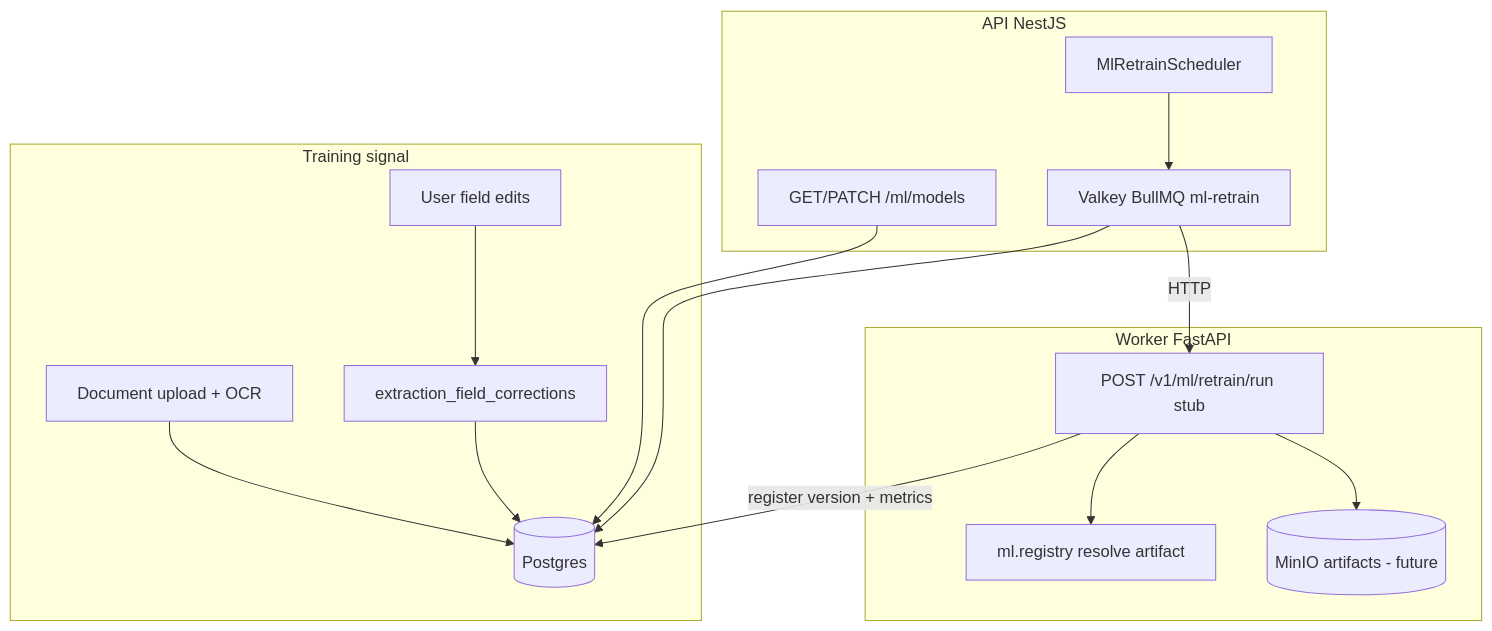
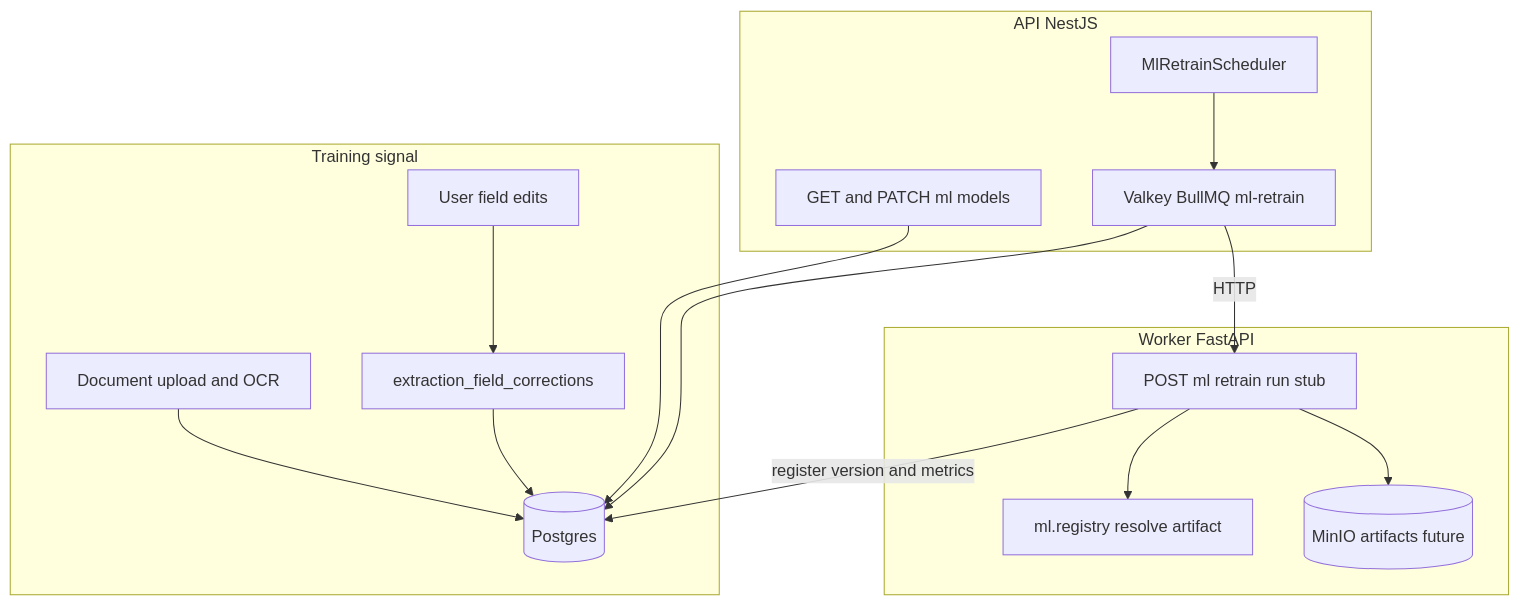
The diagram in docs/mlops-retrain-and-registry.md (Docuvate/docuvate), drawn with Mermaid before and after one commit. The commit also changed 17 other files, not shown here.

First line of the commit message:
chore: Node 24 and fix README Mermaid diagram

````diff
--- a/docs/mlops-retrain-and-registry.md
+++ b/docs/mlops-retrain-and-registry.md
@@ -21,29 +21,29 @@
 ```mermaid
 flowchart TB
-  subgraph ingest [Training signal]
-    DocUpload[Document upload + OCR]
-    UserEdit[User field edits]
-    DocUpload --> PG[(Postgres)]
-    UserEdit --> Corrections[extraction_field_corrections]
+  subgraph ingest ["Training signal"]
+    DocUpload["Document upload and OCR"]
+    UserEdit["User field edits"]
+    DocUpload --> PG[("Postgres")]
+    UserEdit --> Corrections["extraction_field_corrections"]
     Corrections --> PG
   end
 
-  subgraph api [API NestJS]
-    Scheduler[MlRetrainScheduler]
-    RegistryAPI[GET/PATCH /ml/models]
-    Queue[Valkey BullMQ ml-retrain]
+  subgraph api ["API NestJS"]
+    Scheduler["MlRetrainScheduler"]
+    RegistryAPI["GET and PATCH ml models"]
+    Queue["Valkey BullMQ ml-retrain"]
     Scheduler --> Queue
     RegistryAPI --> PG
     Queue --> PG
   end
 
-  subgraph worker [Worker FastAPI]
-    RetrainStub[POST /v1/ml/retrain/run stub]
-    MLRegistry[ml.registry resolve artifact]
+  subgraph worker ["Worker FastAPI"]
+    RetrainStub["POST ml retrain run stub"]
+    MLRegistry["ml.registry resolve artifact"]
     RetrainStub --> MLRegistry
-    RetrainStub --> MinIO[(MinIO artifacts - future)]
+    RetrainStub --> MinIO[("MinIO artifacts future")]
   end
 
-  Queue -->|HTTP| RetrainStub
-  RetrainStub -->|register version + metrics| PG
+  Queue -->|"HTTP"| RetrainStub
+  RetrainStub -->|"register version and metrics"| PG
 ```
````
